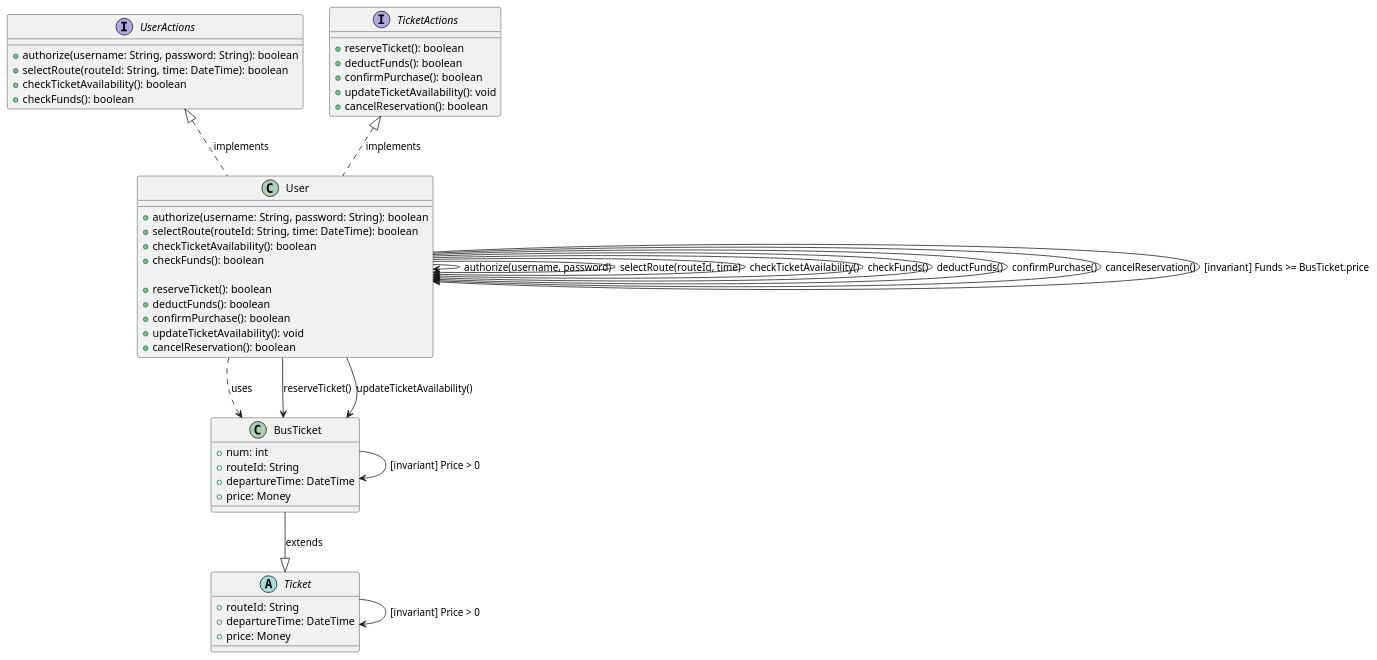
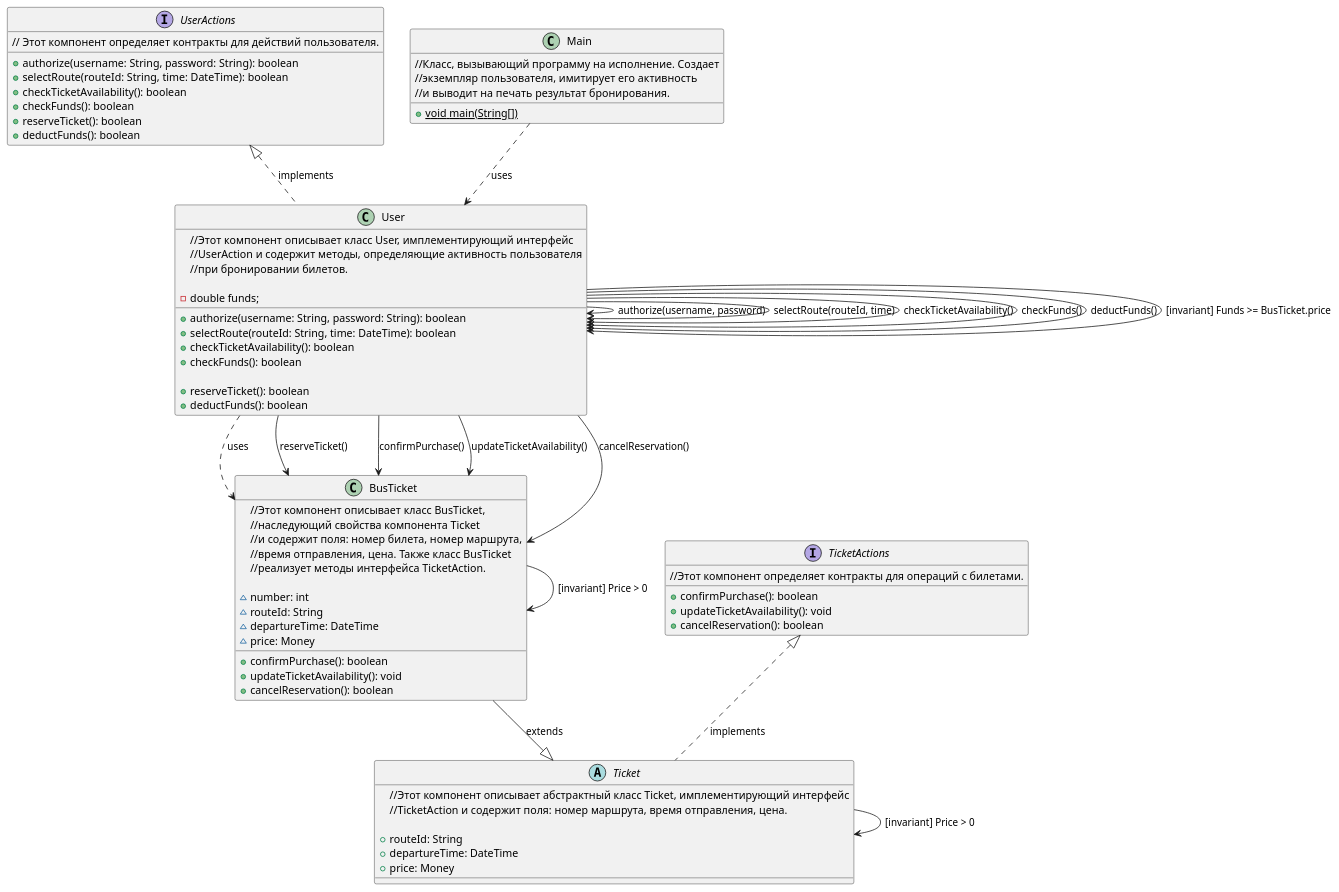
One commit to Chernyimisha/DzSoftwareArchitecture changed the diagram in DZ4/onlineTicket/onlineTicketUML.puml. Above: the diagram before and after it, drawn with PlantUML. The commit also changed 8 other files, not shown here.

```diff
--- a/DZ4/onlineTicket/onlineTicketUML.puml
+++ b/DZ4/onlineTicket/onlineTicketUML.puml
@@ -1,81 +1,110 @@
 @startuml
 
 'интерфейсы
 interface UserActions {
+// Этот компонент определяет контракты для действий пользователя.
+
 +authorize(username: String, password: String): boolean
 +selectRoute(routeId: String, time: DateTime): boolean
 +checkTicketAvailability(): boolean
 +checkFunds(): boolean
++reserveTicket(): boolean
++deductFunds(): boolean
 }
 
 UserActions <|.. User: implements
 
 interface TicketActions {
-+reserveTicket(): boolean
-+deductFunds(): boolean
+//Этот компонент определяет контракты для операций с билетами.
+
 +confirmPurchase(): boolean
 +updateTicketAvailability(): void
 +cancelReservation(): boolean
 }
 
-TicketActions <|.. User: implements
+TicketActions <|.. Ticket: implements
 
 ' Классы и операции
 
+class Main{
+//Класс, вызывающий программу на исполнение. Создает
+//экземпляр пользователя, имитирует его активность
+//и выводит на печать результат бронирования.
+
++ {static} void main(String[])
+}
+
+Main ..> User : uses
+
 class User {
+//Этот компонент описывает класс User, имплементирующий интерфейс
+//UserAction и содержит методы, определяющие активность пользователя
+//при бронировании билетов.
 
+-double funds;
 'предусловия
 +authorize(username: String, password: String): boolean
 +selectRoute(routeId: String, time: DateTime): boolean
 +checkTicketAvailability(): boolean
 +checkFunds(): boolean
 
 'постусловия
 +reserveTicket(): boolean
 +deductFunds(): boolean
-+confirmPurchase(): boolean
-+updateTicketAvailability(): void
-+cancelReservation(): boolean
 }
 
 User ..> BusTicket : uses
 
 abstract class Ticket {
+//Этот компонент описывает абстрактный класс Ticket, имплементирующий интерфейс
+//TicketAction и содержит поля: номер маршрута, время отправления, цена.
+
 +routeId: String
 +departureTime: DateTime
 +price: Money
 }
 
 
 class BusTicket {
-+num: int
-+routeId: String
-+departureTime: DateTime
-+price: Money
+//Этот компонент описывает класс BusTicket,
+//наследующий свойства компонента Ticket
+//и содержит поля: номер билета, номер маршрута,
+//время отправления, цена. Также класс BusTicket
+//реализует методы интерфейса TicketAction.
+
+~number: int
+~routeId: String
+~departureTime: DateTime
+~price: Money
+
+'постусловия
++confirmPurchase(): boolean
++updateTicketAvailability(): void
++cancelReservation(): boolean
 }
 
 BusTicket --|> Ticket: extends
 
 
 ' Предусловия
 
 User --> User : authorize(username, password)
 User --> User : selectRoute(routeId, time)
 User --> User : checkTicketAvailability()
 User --> User : checkFunds()
 User --> BusTicket : reserveTicket()
 
 ' Постусловия
 
 User --> User : deductFunds()
-User --> User : confirmPurchase()
+User --> BusTicket : confirmPurchase()
 User --> BusTicket : updateTicketAvailability()
-User --> User : cancelReservation()
+User --> BusTicket : cancelReservation()
 
 ' Инварианты
 
 User --> User : [invariant] Funds >= BusTicket.price
 BusTicket --> BusTicket : [invariant] Price > 0
 Ticket --> Ticket : [invariant] Price > 0
 
 @enduml
```
